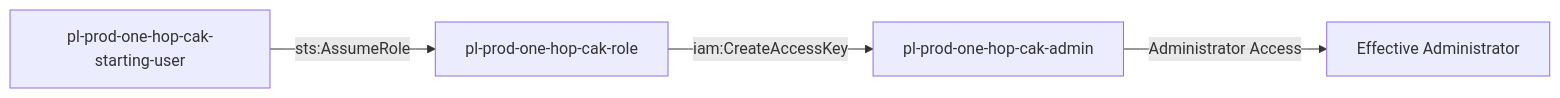
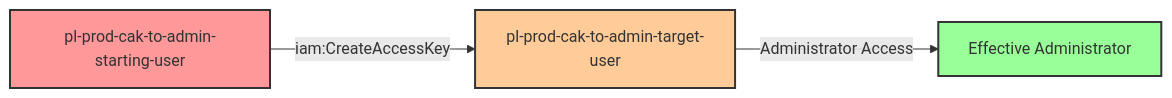
Before and after one commit to DataDog/pathfinding-labs: the diagram in modules/scenarios/single-account/privesc-one-hop/to-admin/iam-createaccesskey/README.md, drawn with Mermaid. The commit also changed other lines of this file and 127 other files, not shown here.

````diff
--- a/modules/scenarios/single-account/privesc-one-hop/to-admin/iam-createaccesskey/README.md
+++ b/modules/scenarios/single-account/privesc-one-hop/to-admin/iam-createaccesskey/README.md
@@ -21,6 +28,9 @@
 ```mermaid
 graph LR
-    A[pl-prod-one-hop-cak-starting-user] -->|sts:AssumeRole| B[pl-prod-one-hop-cak-role]
-    B -->|iam:CreateAccessKey| C[pl-prod-one-hop-cak-admin]
-    C -->|Administrator Access| D[Effective Administrator]
+    A[pl-prod-cak-to-admin-starting-user] -->|iam:CreateAccessKey| B[pl-prod-cak-to-admin-target-user]
+    B -->|Administrator Access| C[Effective Administrator]
+
+    style A fill:#ff9999,stroke:#333,stroke-width:2px
+    style B fill:#ffcc99,stroke:#333,stroke-width:2px
+    style C fill:#99ff99,stroke:#333,stroke-width:2px
 ```
````
